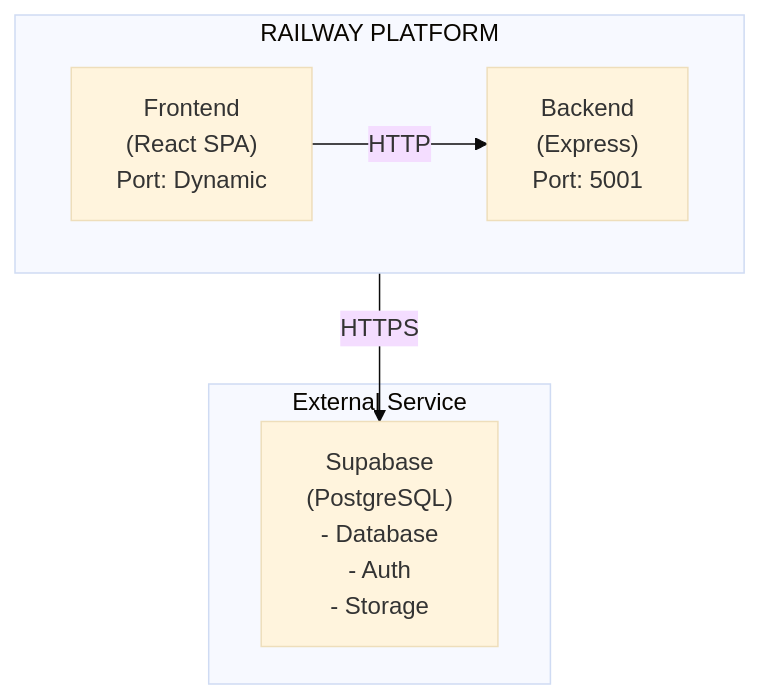
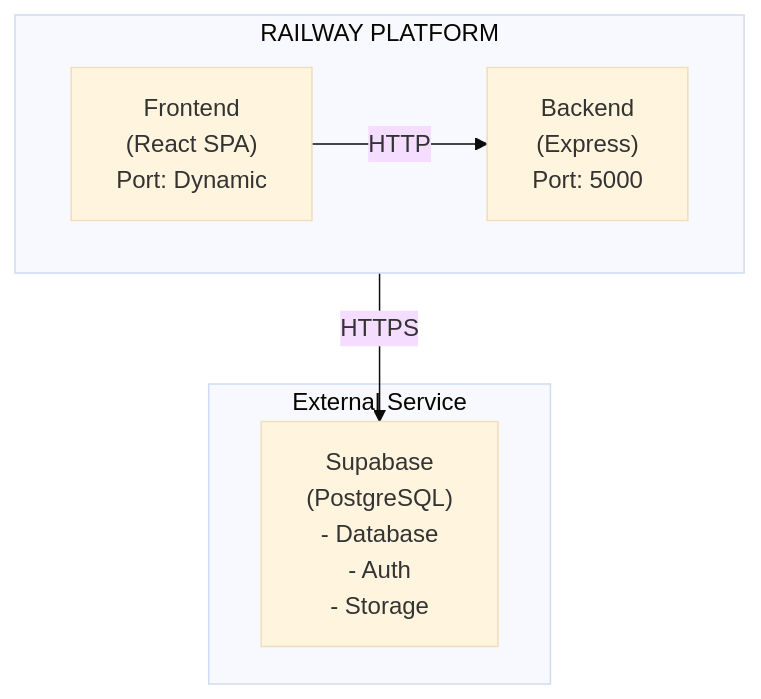
The first of 4 diagrams in skill-sop-sdlc/ref/05_DEPLOY/5.1_Deploy_Overview.md (Siam-GS-Battery/agent-skill), drawn with Mermaid (base theme) before and after one commit. The commit also changed other lines of this file and 22 other files, not shown here.

````diff
--- a/skill-sop-sdlc/ref/05_DEPLOY/5.1_Deploy_Overview.md
+++ b/skill-sop-sdlc/ref/05_DEPLOY/5.1_Deploy_Overview.md
@@ -70,15 +70,15 @@
 ```mermaid
 flowchart TB
     subgraph Railway["RAILWAY PLATFORM"]
         direction LR
         Frontend["Frontend<br/>(React SPA)<br/>Port: Dynamic"]
-        Backend["Backend<br/>(Express)<br/>Port: 5001"]
+        Backend["Backend<br/>(Express)<br/>Port: 5000"]
         Frontend -->|HTTP| Backend
     end
 
     subgraph External["External Service"]
         Supabase["Supabase<br/>(PostgreSQL)<br/>- Database<br/>- Auth<br/>- Storage"]
     end
 
     Backend -->|HTTPS| Supabase
 ```
````
